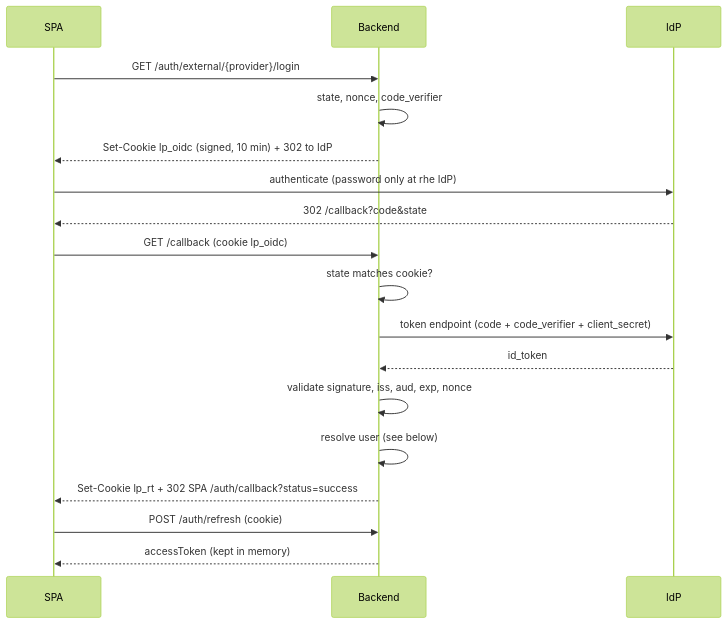
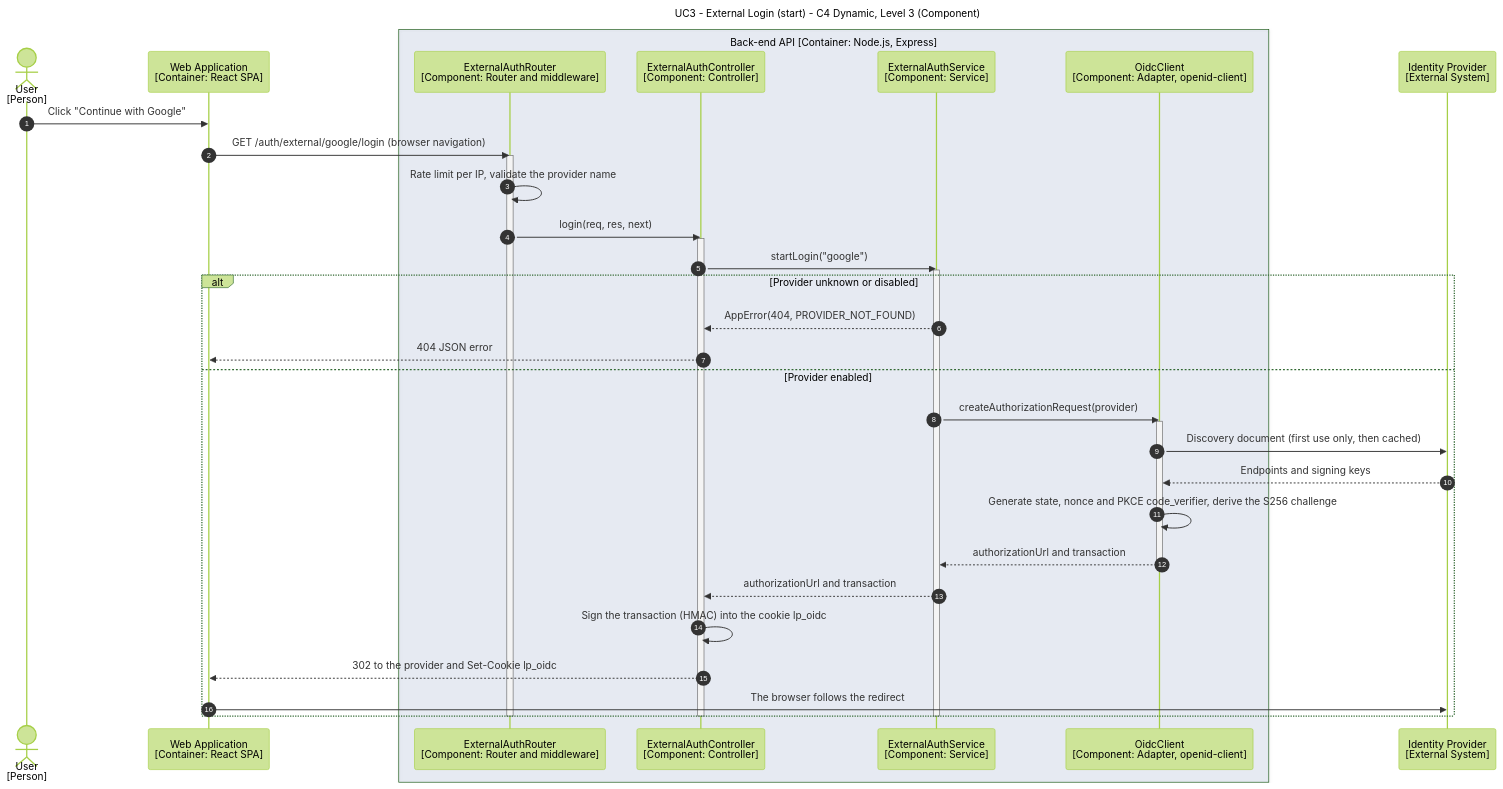
The first of 4 diagrams in docs/flows/authentication/external-authentication.md (ivasduarte/laprizza), drawn with Mermaid (forest theme) before and after one commit. The commit also changed other lines of this file and 8 other files, not shown here.

````diff
--- a/docs/flows/authentication/external-authentication.md
+++ b/docs/flows/authentication/external-authentication.md
@@ -5,20 +44,45 @@
 ```mermaid
+---
+title: "UC3 - External Login (start) - C4 Dynamic, Level 3 (Component)"
+---
 sequenceDiagram
-    participant S as SPA
-    participant B as Backend
-    participant I as IdP
-    S->>B: GET /auth/external/{provider}/login
-    B->>B: state, nonce, code_verifier
-    B-->>S: Set-Cookie lp_oidc (signed, 10 min) + 302 to IdP
-    S->>I: authenticate (password only at rhe IdP)
-    I-->>S: 302 /callback?code&state
-    S->>B: GET /callback (cookie lp_oidc)
-    B->>B: state matches cookie?
-    B->>I: token endpoint (code + code_verifier + client_secret)
-    I-->>B: id_token
-    B->>B: validate signature, iss, aud, exp, nonce
-    B->>B: resolve user (see below)
-    B-->>S: Set-Cookie lp_rt + 302 SPA /auth/callback?status=success
-    S->>B: POST /auth/refresh (cookie)
-    B-->>S: accessToken (kept in memory)
+    autonumber
+    actor user as User<br/>[Person]
+    participant spa as Web Application<br/>[Container: React SPA]
+    box rgba(120,150,200,0.15) Back-end API [Container: Node.js, Express]
+        participant route as ExternalAuthRouter<br/>[Component: Router and middleware]
+        participant controller as ExternalAuthController<br/>[Component: Controller]
+        participant service as ExternalAuthService<br/>[Component: Service]
+        participant oidc as OidcClient<br/>[Component: Adapter, openid-client]
+    end
+    participant idp as Identity Provider<br/>[External System]
+
+    user->>spa: Click "Continue with Google"
+    spa->>route: GET /auth/external/google/login (browser navigation)
+    activate route
+    route->>route: Rate limit per IP, validate the provider name
+    route->>controller: login(req, res, next)
+    activate controller
+    controller->>service: startLogin("google")
+    activate service
+
+    alt Provider unknown or disabled
+        service-->>controller: AppError(404, PROVIDER_NOT_FOUND)
+        controller-->>spa: 404 JSON error
+    else Provider enabled
+        service->>oidc: createAuthorizationRequest(provider)
+        activate oidc
+        oidc->>idp: Discovery document (first use only, then cached)
+        idp-->>oidc: Endpoints and signing keys
+        oidc->>oidc: Generate state, nonce and PKCE code_verifier, derive the S256 challenge
+        oidc-->>service: authorizationUrl and transaction
+        deactivate oidc
+        service-->>controller: authorizationUrl and transaction
+        controller->>controller: Sign the transaction (HMAC) into the cookie lp_oidc
+        controller-->>spa: 302 to the provider and Set-Cookie lp_oidc
+        spa->>idp: The browser follows the redirect
+    end
+    deactivate service
+    deactivate controller
+    deactivate route
 ```
````
